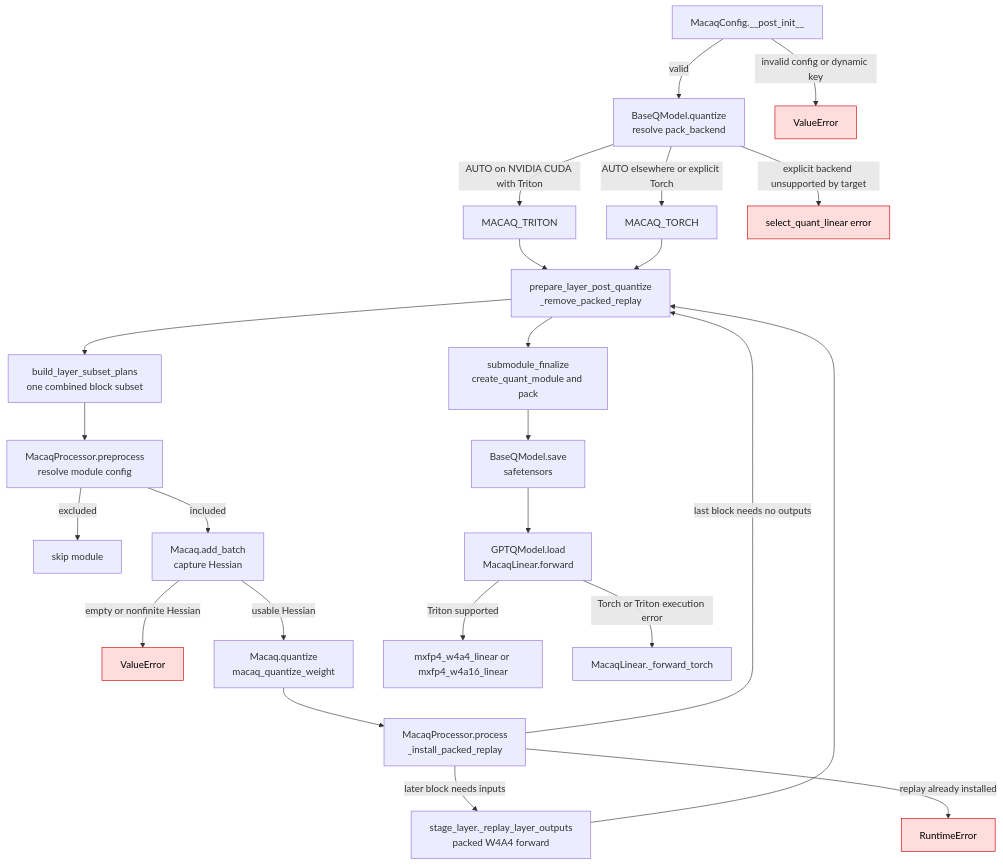
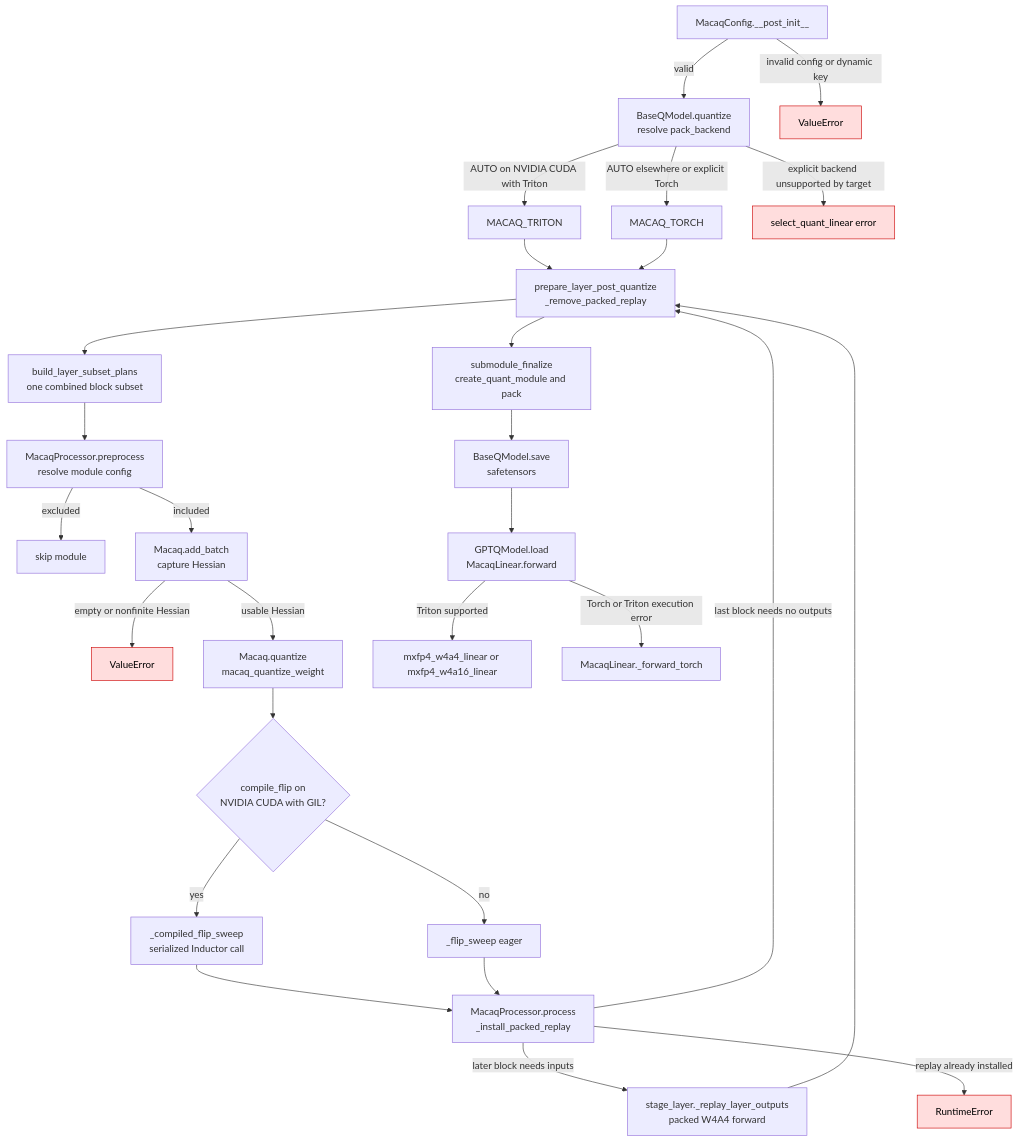
Before and after one commit to ModelCloud/GPTQModel: the diagram in docs/macaq.md, drawn with Mermaid. The commit also changed other lines of this file and 6 other files, not shown here.

Commit message:
perf(macaq): compile flip sweeps and tune W4A4 inference

````diff
--- a/docs/macaq.md
+++ b/docs/macaq.md
@@ -72,28 +76,32 @@
 ```mermaid
 flowchart TD
     A["MacaqConfig.__post_init__"] -->|valid| B["BaseQModel.quantize<br/>resolve pack_backend"]
     A -->|invalid config or dynamic key| F1["ValueError"]
     B -->|AUTO on NVIDIA CUDA with Triton| T["MACAQ_TRITON"]
     B -->|AUTO elsewhere or explicit Torch| P["MACAQ_TORCH"]
     B -->|explicit backend unsupported by target| F2["select_quant_linear error"]
     T --> C["QuantizationRunPlan.build"]
     P --> C
     C --> S1["build_layer_subset_plans<br/>one combined block subset"]
     S1 --> D["MacaqProcessor.preprocess<br/>resolve module config"]
     D -->|excluded| S["skip module"]
     D -->|included| E["Macaq.add_batch<br/>capture Hessian"]
     E -->|empty or nonfinite Hessian| F3["ValueError"]
     E -->|usable Hessian| Q["Macaq.quantize<br/>macaq_quantize_weight"]
-    Q --> R["MacaqProcessor.process<br/>_install_packed_replay"]
+    Q --> CF{"compile_flip on<br/>NVIDIA CUDA with GIL?"}
+    CF -->|yes| KC["_compiled_flip_sweep<br/>serialized Inductor call"]
+    CF -->|no| KE["_flip_sweep eager"]
+    KC --> R["MacaqProcessor.process<br/>_install_packed_replay"]
+    KE --> R
     R -->|later block needs inputs| F["stage_layer._replay_layer_outputs<br/>packed W4A4 forward"]
     R -->|last block needs no outputs| C["prepare_layer_post_quantize<br/>_remove_packed_replay"]
     F --> C
     R -->|replay already installed| F4["RuntimeError"]
     C --> U["submodule_finalize<br/>create_quant_module and pack"]
     U --> V["BaseQModel.save<br/>safetensors"]
     V --> L["GPTQModel.load<br/>MacaqLinear.forward"]
     L -->|Triton supported| K["mxfp4_w4a4_linear or mxfp4_w4a16_linear"]
     L -->|Torch or Triton execution error| O["MacaqLinear._forward_torch"]
     classDef error fill:#fdd,stroke:#c00,color:#000;
     class F1,F2,F3,F4 error;
 ```
````
